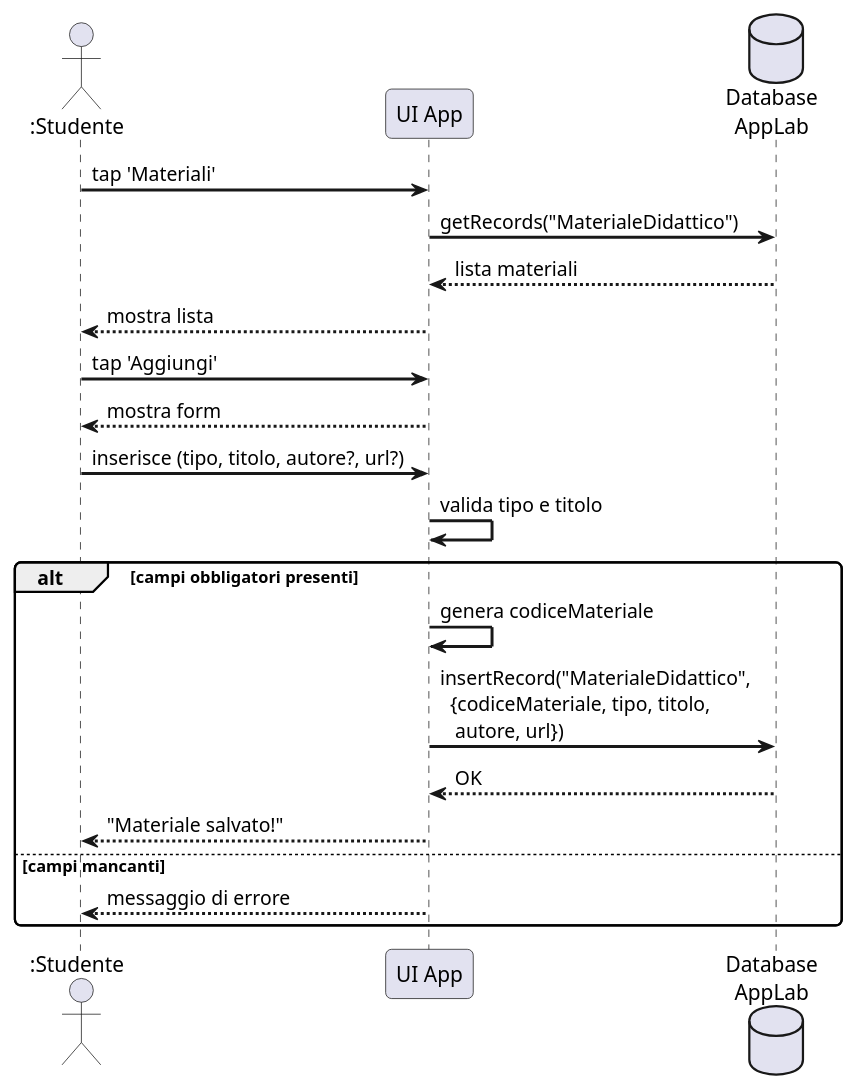
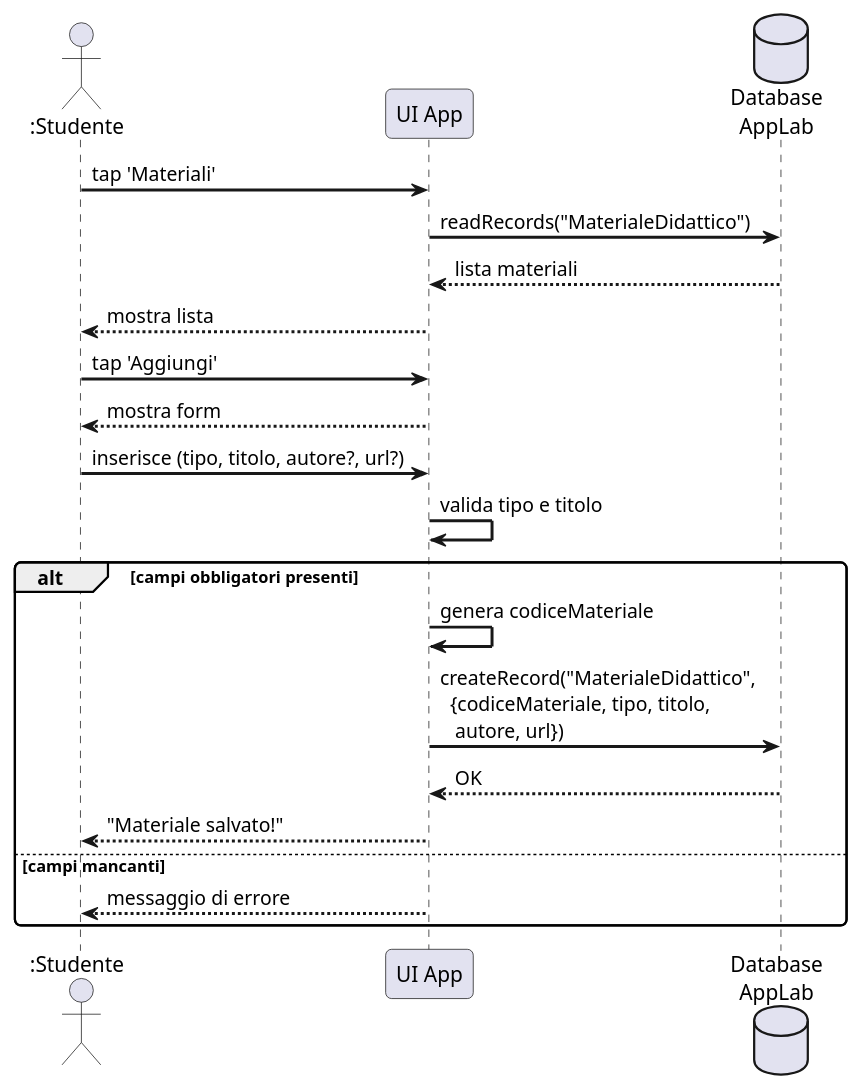
Before and after one commit to gionatamassibenincasa/study-together: the sixth of 8 diagrams in srs.adoc, drawn with PlantUML. The commit also changed other lines of this file and 17 other files, not shown here.

```diff
--- a/srs.adoc
+++ b/srs.adoc
@@ -694,31 +714,31 @@
 [plantuml, sd-inserimento-materiale, svg]
 ....
 @startuml
 skinparam sequenceArrowThickness 2
 skinparam roundcorner 8
 
 actor ":Studente" as S
 participant "UI App" as UI
 database "Database\nAppLab" as DB
 
 S -> UI : tap 'Materiali'
-UI -> DB : getRecords("MaterialeDidattico")
+UI -> DB : readRecords("MaterialeDidattico")
 DB --> UI : lista materiali
 UI --> S : mostra lista
 
 S -> UI : tap 'Aggiungi'
 UI --> S : mostra form
 
 S -> UI : inserisce (tipo, titolo, autore?, url?)
 UI -> UI : valida tipo e titolo
 
 alt campi obbligatori presenti
   UI -> UI : genera codiceMateriale
-  UI -> DB : insertRecord("MaterialeDidattico",\n  {codiceMateriale, tipo, titolo,\n   autore, url})
+  UI -> DB : createRecord("MaterialeDidattico",\n  {codiceMateriale, tipo, titolo,\n   autore, url})
   DB --> UI : OK
   UI --> S : "Materiale salvato!"
 else campi mancanti
   UI --> S : messaggio di errore
 end
 @enduml
 ....
```
